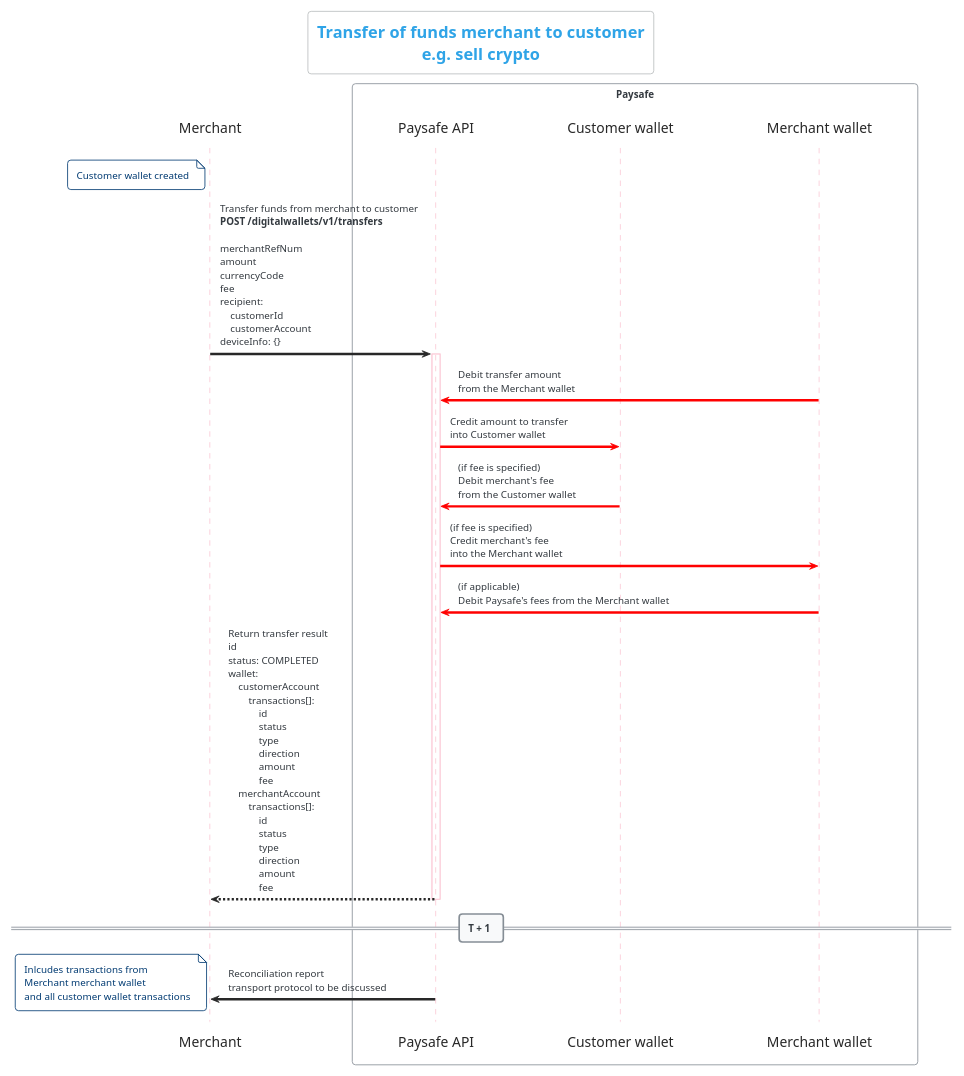
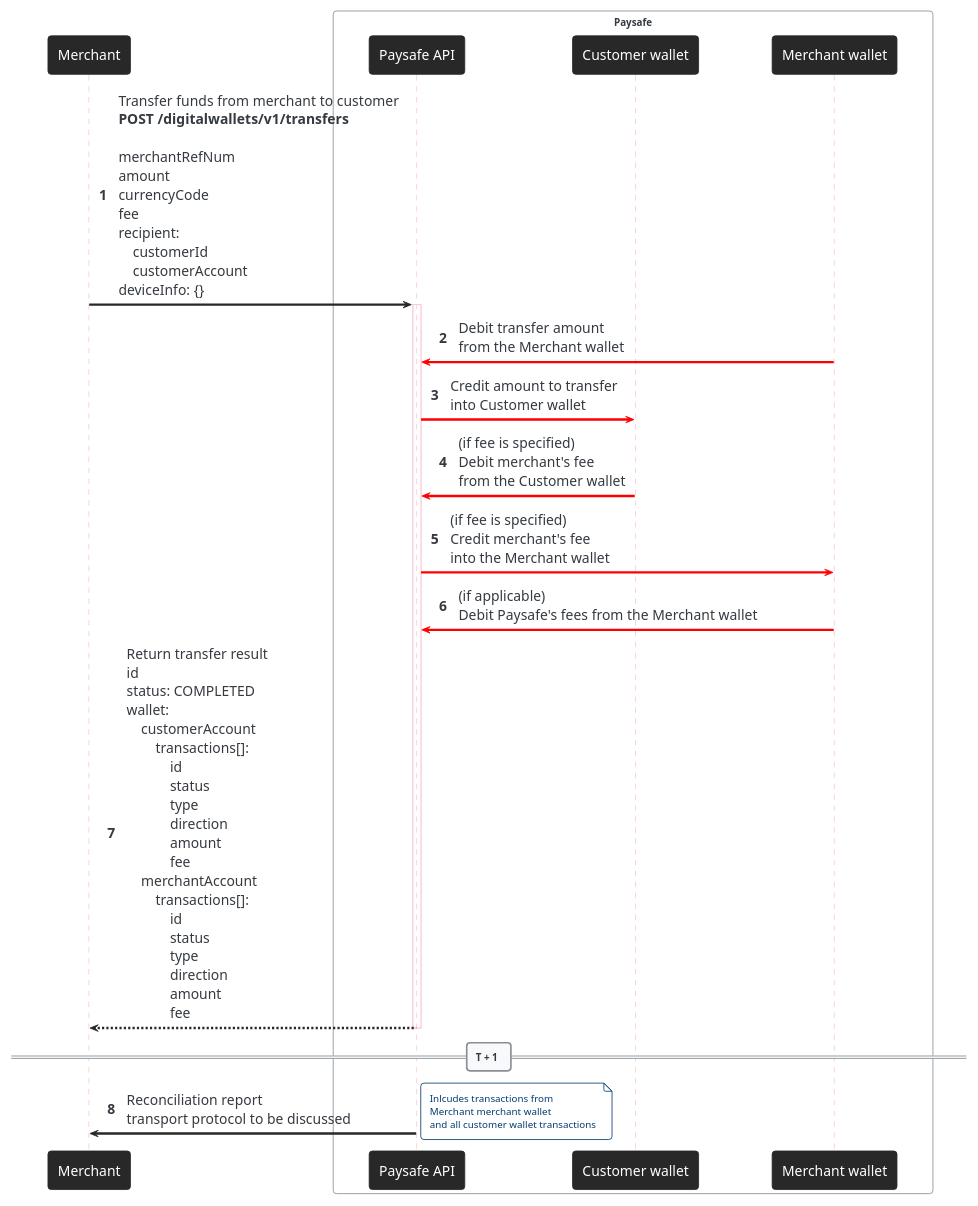
Before and after one commit to paysafegroup/WalletAPI: the seventh of 8 diagrams in diagrams/diagrams.plantuml, drawn with PlantUML. The commit also changed other lines of this file and 14 other files, not shown here.

Commit message:
Diagrams are now SVG for improved readability

```diff
--- a/diagrams/diagrams.plantuml
+++ b/diagrams/diagrams.plantuml
@@ -324,43 +320,42 @@
 @startuml "6-Transfers-merchant-to-customer"
-    title "Transfer of funds merchant to customer\ne.g. sell crypto"
-
     !theme cerulean-outline
 
     skinparam dpi 72
     skinparam shadowing false
     skinparam backgroundColor #FFFFFF
     skinparam Sequence {
-        ParticipantBorderColor #FFFFFF
-        ParticipantBackgroundColor #FFFFFF
+        ParticipantBorderColor #282828
+        ParticipantBackgroundColor #282828
         ParticipantFontSize 17
-        ParticipantFontColor #282828
+        ParticipantFontColor #FFFFFF
         ArrowColor #282828
+        ArrowFontSize 17
         LifeLineBorderColor #FBC9D6
     }
 
     participant Merchant
     box "Paysafe"
         participant "Paysafe API" as PaysafeAPI
         participant "Customer wallet" as CW
         participant "Merchant wallet" as MW
     end box
 
-    note left of Merchant: Customer wallet created
+    autonumber
 
     Merchant -> PaysafeAPI: Transfer funds from merchant to customer\n**POST /digitalwallets/v1/transfers**\n\nmerchantRefNum\namount\ncurrencyCode\nfee\nrecipient:\n    customerId\n    customerAccount\ndeviceInfo: {}
         activate PaysafeAPI
 
         PaysafeAPI <-[#FF0000] MW: Debit transfer amount\nfrom the Merchant wallet
         PaysafeAPI [#FF0000]-> CW: Credit amount to transfer\ninto Customer wallet
         PaysafeAPI <-[#FF0000] CW: (if fee is specified)\nDebit merchant's fee\nfrom the Customer wallet
         PaysafeAPI [#FF0000]-> MW: (if fee is specified)\nCredit merchant's fee\ninto the Merchant wallet
         PaysafeAPI <-[#FF0000] MW: (if applicable)\nDebit Paysafe's fees from the Merchant wallet
 
         Merchant <-- PaysafeAPI: Return transfer result\nid\nstatus: COMPLETED\nwallet:\n    customerAccount\n        transactions[]:\n            id\n            status\n            type\n            direction\n            amount\n            fee            \n    merchantAccount\n        transactions[]:\n            id\n            status\n            type\n            direction\n            amount\n            fee
     deactivate PaysafeAPI
 
 	== T + 1 ==
 
  	PaysafeAPI -> Merchant: Reconciliation report\ntransport protocol to be discussed
-    note left: Inlcudes transactions from\nMerchant merchant wallet \nand all customer wallet transactions
+    note right: Inlcudes transactions from\nMerchant merchant wallet \nand all customer wallet transactions
 @enduml
```
